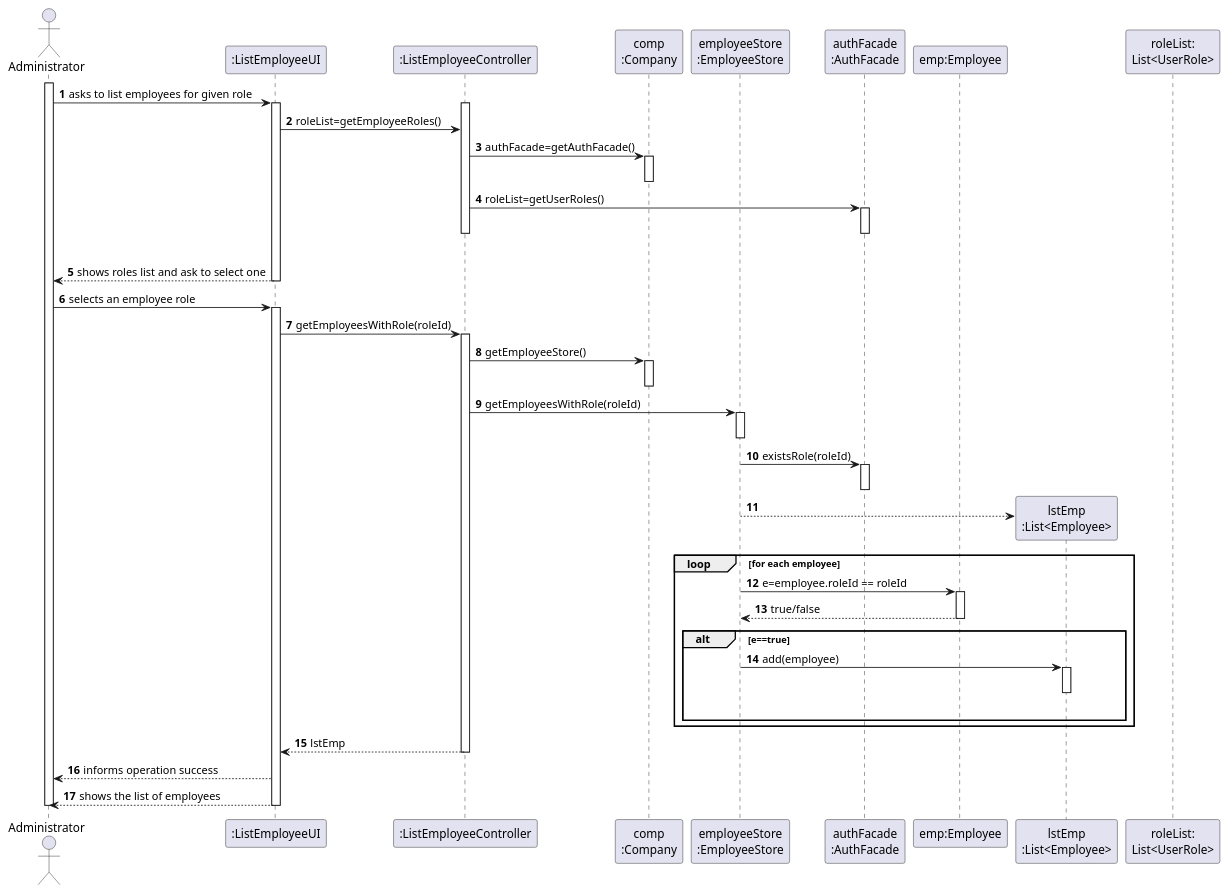
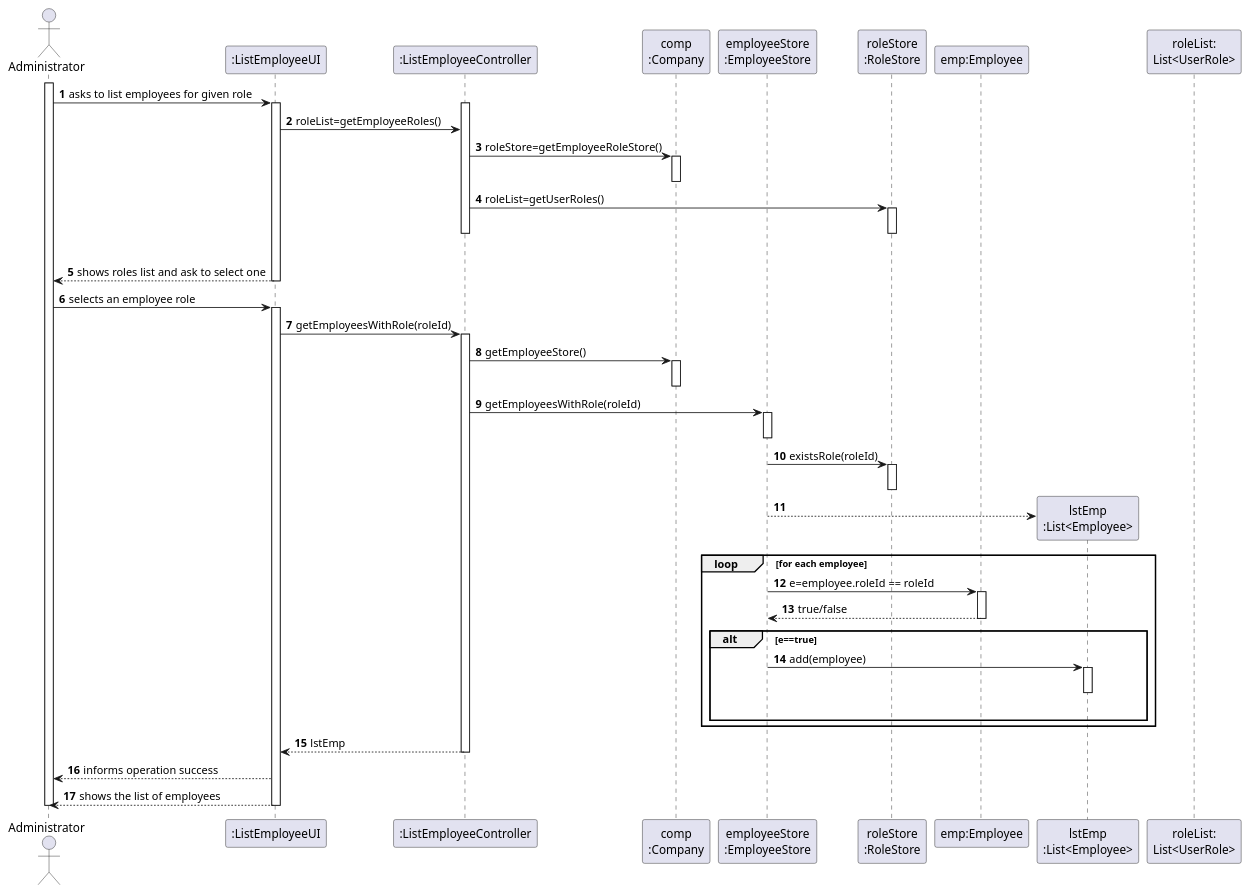
The diagram in docs/SprintB/US11/SD/US11_SD.puml (miseEnPlace-i/lapr2), drawn with PlantUML before and after one commit. The commit also changed 4 other files, not shown here.

Commit message:
docs(US11): added user roles store

```diff
--- a/docs/SprintB/US11/SD/US11_SD.puml
+++ b/docs/SprintB/US11/SD/US11_SD.puml
@@ -1,76 +1,76 @@
 @startuml
 autonumber
 'hide footbox
 actor "Administrator" as ADM
 
 participant ":ListEmployeeUI" as UI
 participant ":ListEmployeeController" as CTRL
 participant "comp\n:Company" as COMP
 participant "employeeStore\n:EmployeeStore" as EMPS
-participant "authFacade\n:AuthFacade" as AUTH
+participant "roleStore\n:RoleStore" as ROLES
 participant "emp:Employee" as EMP
 
 activate ADM
 ADM -> UI : asks to list employees for given role
 activate UI
 activate CTRL
 UI -> CTRL : roleList=getEmployeeRoles()
-CTRL -> COMP : authFacade=getAuthFacade()
+CTRL -> COMP : roleStore=getEmployeeRoleStore()
 activate COMP
 deactivate COMP
 
-CTRL -> AUTH : roleList=getUserRoles()
-activate AUTH
+CTRL -> ROLES : roleList=getUserRoles()
+activate ROLES
 |||
-deactivate AUTH
+deactivate ROLES
 deactivate CTRL
 
 UI --> ADM : shows roles list and ask to select one
 deactivate UI
 
 ADM -> UI : selects an employee role
 activate UI
 
 UI -> CTRL : getEmployeesWithRole(roleId)
 activate CTRL
 
 CTRL -> COMP: getEmployeeStore()
 activate COMP
 deactivate COMP
 CTRL -> EMPS: getEmployeesWithRole(roleId)
 activate EMPS
 deactivate EMPS
-EMPS -> AUTH: existsRole(roleId)
-activate AUTH
-deactivate AUTH
+EMPS -> ROLES: existsRole(roleId)
+activate ROLES
+deactivate ROLES
 create "lstEmp\n:List<Employee>" as LST
 EMPS --> LST
 
 loop for each employee
     EMPS -> EMP: e=employee.roleId == roleId
   activate EMP
     EMP --> EMPS: true/false
   deactivate EMP
     alt e==true
         EMPS -> LST: add(employee)
       activate LST
     |||
     deactivate LST
     end
 end
 
 CTRL --> UI: lstEmp
 
 deactivate COMP
 deactivate CTRL
 UI --> ADM : informs operation success
 UI --> ADM: shows the list of employees
 deactivate UI
 
 deactivate UI
 deactivate CTRL
 deactivate ADM
 
 participant "roleList:\nList<UserRole>"
 
 @enduml
```
